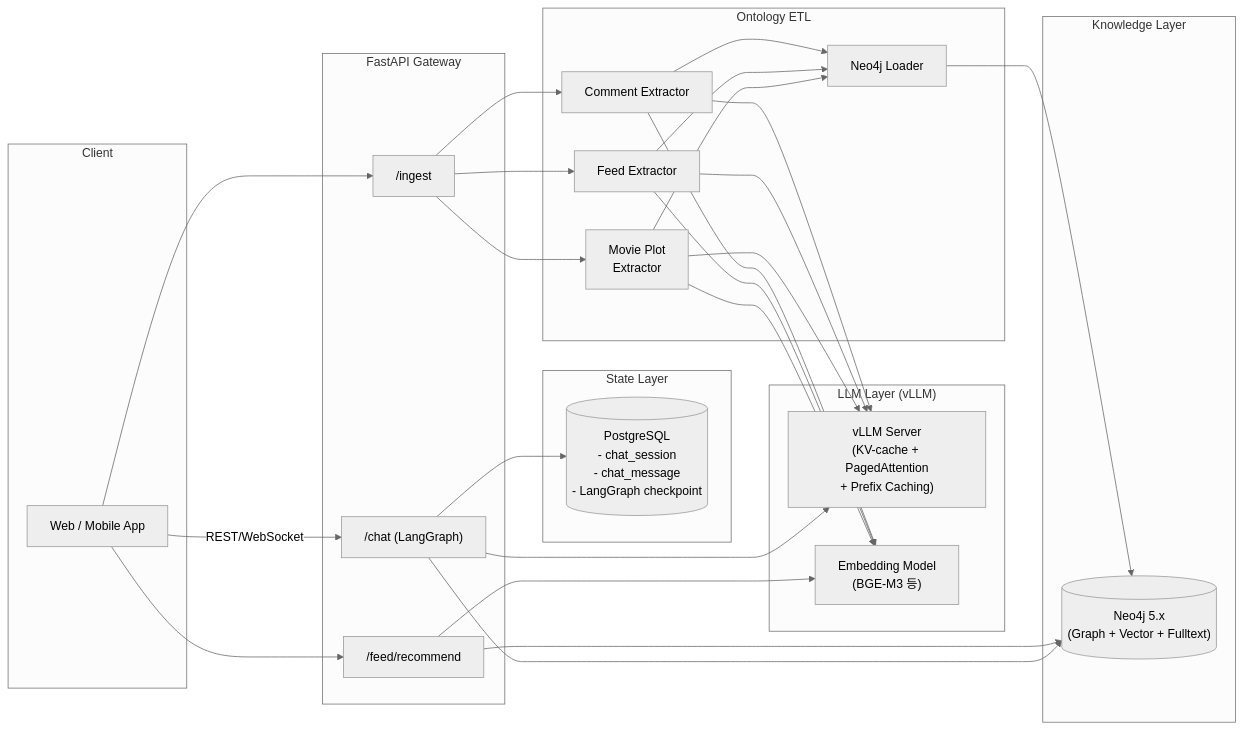
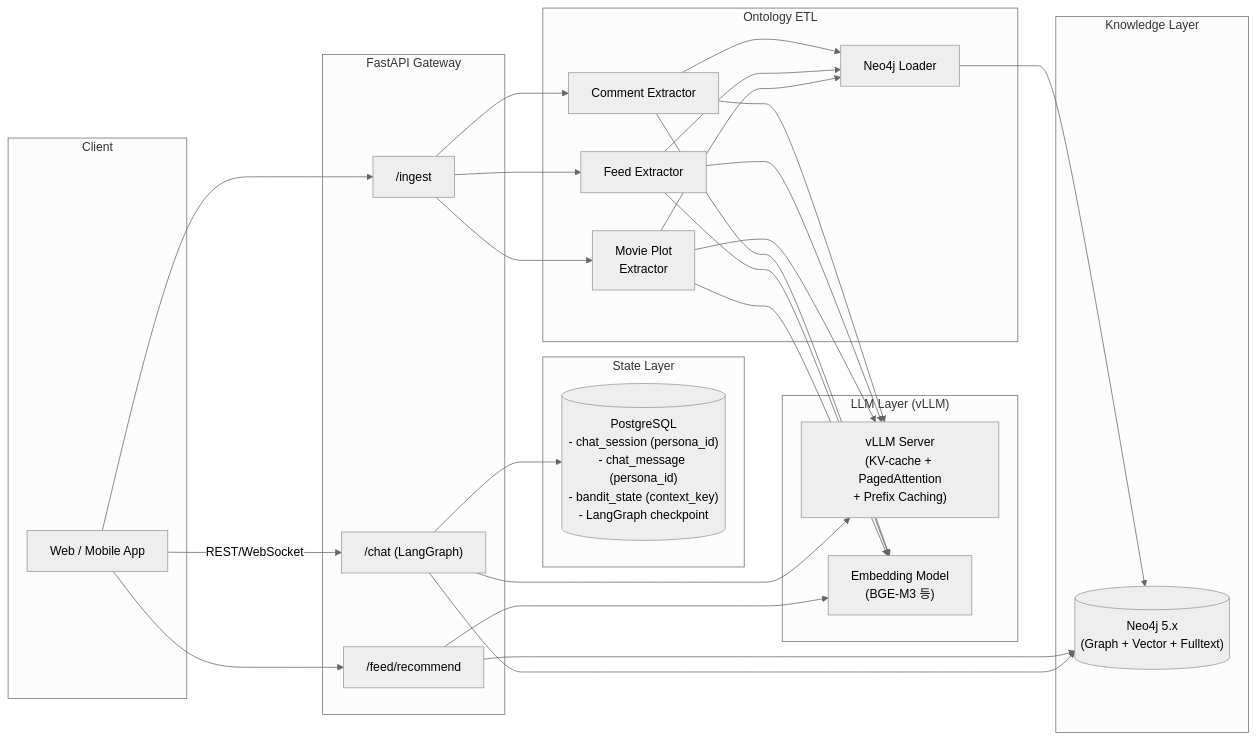
The first of 5 diagrams in docs/architecture.md (kakao4-KAKAMU/KAKAMU_DE), drawn with Mermaid (neutral theme) before and after one commit. The commit also changed other lines of this file and 9 other files, not shown here.

````diff
--- a/docs/architecture.md
+++ b/docs/architecture.md
@@ -10,57 +10,57 @@
 ```mermaid
 flowchart LR
     subgraph Client["Client"]
         WebApp["Web / Mobile App"]
     end
 
     subgraph API["FastAPI Gateway"]
         ChatAPI["/chat (LangGraph)"]
         FeedAPI["/feed/recommend"]
         IngestAPI["/ingest"]
     end
 
     subgraph LLM["LLM Layer (vLLM)"]
         VLLM["vLLM Server\n(KV-cache + PagedAttention\n+ Prefix Caching)"]
         Embed["Embedding Model\n(BGE-M3 등)"]
     end
 
     subgraph Graph["Knowledge Layer"]
         Neo4j[("Neo4j 5.x\n(Graph + Vector + Fulltext)")]
     end
 
     subgraph State["State Layer"]
-        Postgres[("PostgreSQL\n- chat_session\n- chat_message\n- LangGraph checkpoint")]
+        Postgres[("PostgreSQL\n- chat_session (persona_id)\n- chat_message (persona_id)\n- bandit_state (context_key)\n- LangGraph checkpoint")]
     end
 
     subgraph ETL["Ontology ETL"]
         Movie["Movie Plot\nExtractor"]
         FeedX["Feed Extractor"]
         CmtX["Comment Extractor"]
         Loader["Neo4j Loader"]
     end
 
     WebApp -->|REST/WebSocket| ChatAPI
     WebApp --> FeedAPI
     WebApp --> IngestAPI
 
     ChatAPI --> VLLM
     ChatAPI --> Neo4j
     ChatAPI --> Postgres
 
     FeedAPI --> Neo4j
     FeedAPI --> Embed
 
     IngestAPI --> Movie
     IngestAPI --> FeedX
     IngestAPI --> CmtX
     Movie --> VLLM
     FeedX --> VLLM
     CmtX --> VLLM
     Movie --> Embed
     FeedX --> Embed
     CmtX --> Embed
     Movie --> Loader
     FeedX --> Loader
     CmtX --> Loader
     Loader --> Neo4j
 ```
````
